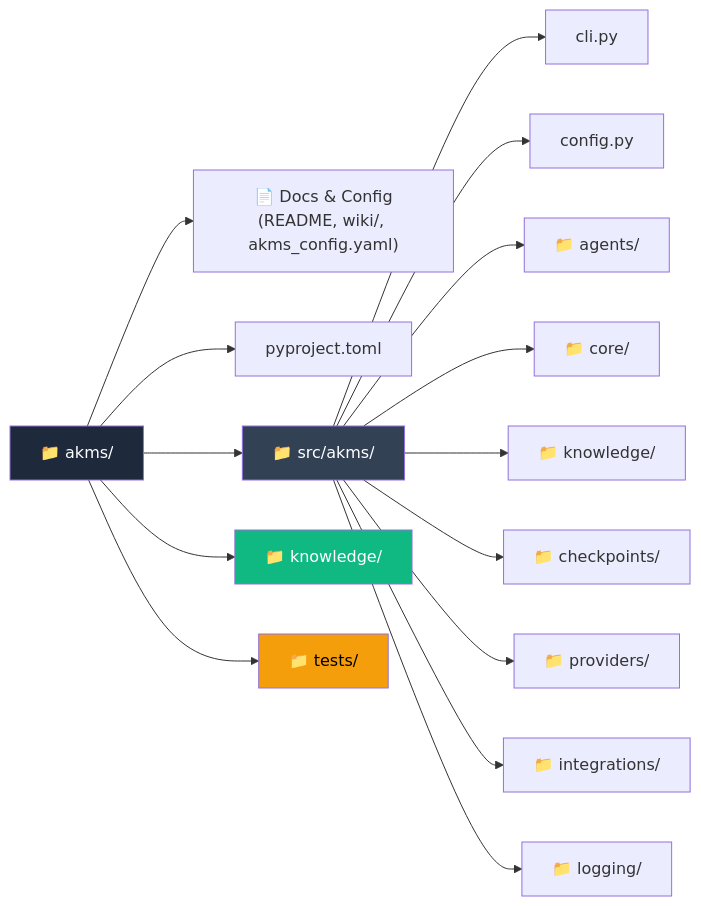
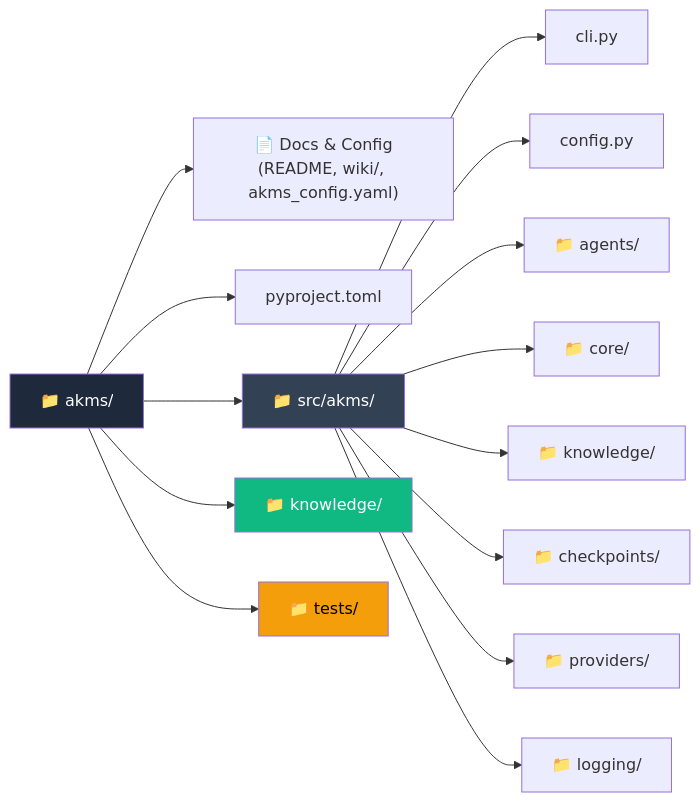
Before and after one commit to TheRealOP/Agent-Knowledge-Management-System: the second of 17 diagrams in how-this-works.md, drawn with Mermaid. The commit also changed other lines of this file and 3 other files, not shown here.

````diff
--- a/how-this-works.md
+++ b/how-this-works.md
@@ -65,24 +65,24 @@
 ```mermaid
 graph LR
     Root["📁 akms/"]
     Root --> Docs["📄 Docs & Config\n(README, wiki/, akms_config.yaml)"]
     Root --> Pyproject["pyproject.toml"]
     Root --> SrcDir["📁 src/akms/"]
     Root --> KnowDir["📁 knowledge/"]
     Root --> TestDir["📁 tests/"]
 
     SrcDir --> CliPy["cli.py"]
     SrcDir --> ConfigPy["config.py"]
     SrcDir --> Agents["📁 agents/"]
     SrcDir --> Core["📁 core/"]
     SrcDir --> Knowledge["📁 knowledge/"]
     SrcDir --> Checkpoints["📁 checkpoints/"]
     SrcDir --> ProvidersDir["📁 providers/"]
-    SrcDir --> Integrations["📁 integrations/"]
+
     SrcDir --> Logging["📁 logging/"]
 
     style Root fill:#1e293b,color:#fff
     style SrcDir fill:#334155,color:#fff
     style KnowDir fill:#10b981,color:#fff
     style TestDir fill:#f59e0b,color:#000
 ```
````
